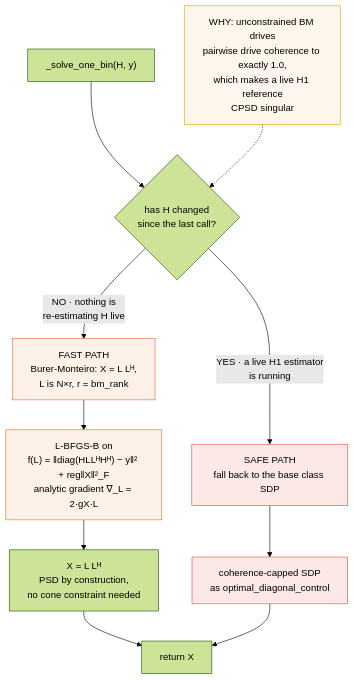
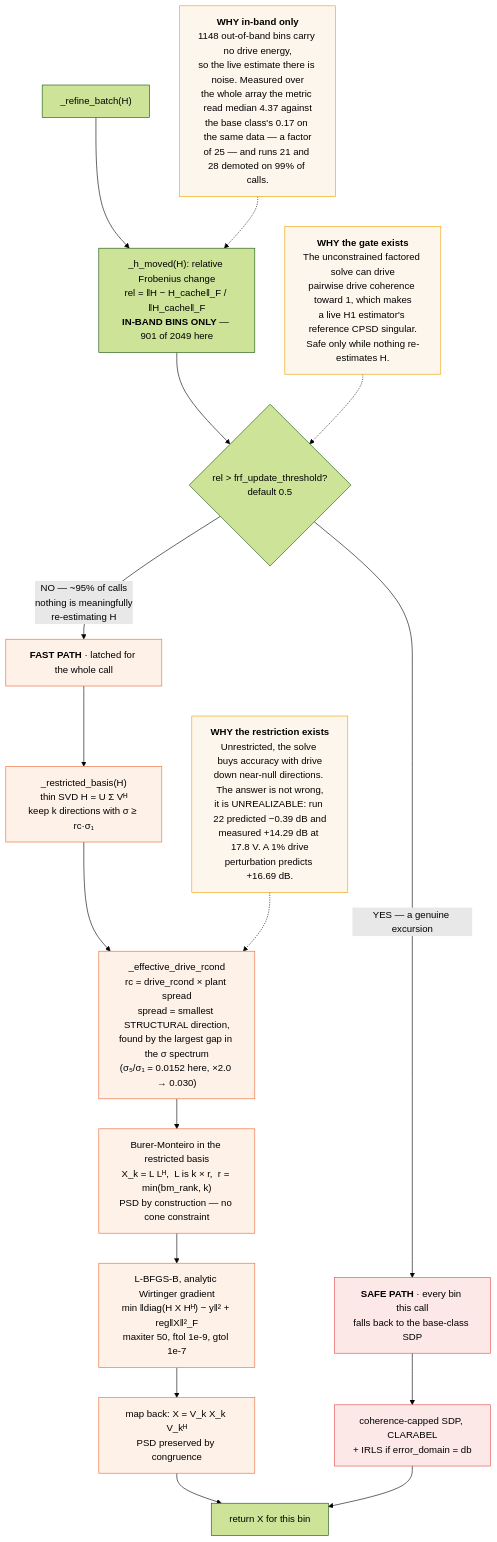
The diagram in Claude outputs/flowcharts/03_optimal_diagonal_fast.mmd (githunter333/rattlesnake-vibration-controller), drawn with Mermaid (forest theme) before and after one commit. The commit also changed 17 other files, not shown here.

```diff
--- a/Claude outputs/flowcharts/03_optimal_diagonal_fast.mmd
+++ b/Claude outputs/flowcharts/03_optimal_diagonal_fast.mmd
@@ -1,15 +1,27 @@
 flowchart TD
-    A["_solve_one_bin(H, y)"] --> B{"has H changed<br/>since the last call?"}
-    B -->|"NO · nothing is<br/>re-estimating H live"| C["FAST PATH<br/>Burer-Monteiro: X = L Lᴴ,<br/>L is N×r, r = bm_rank"]
-    C --> D["L-BFGS-B on<br/>f(L) = ‖diag(HLLᴴHᴴ) − y‖² + reg‖X‖²_F<br/>analytic gradient ∇_L = 2·gX·L"]
-    D --> E["X = L Lᴴ<br/>PSD by construction,<br/>no cone constraint needed"]
-    B -->|"YES · a live H1 estimator<br/>is running"| F["SAFE PATH<br/>fall back to the base class SDP"]
-    F --> G["coherence-capped SDP<br/>as optimal_diagonal_control"]
-    E --> H["return X"]
-    G --> H
-    I["WHY: unconstrained BM drives<br/>pairwise drive coherence to exactly 1.0,<br/>which makes a live H1 reference<br/>CPSD singular"] -.-> B
-    style C fill:#fdf1e8,stroke:#eb6834
+    A["_refine_batch(H)"] --> B["_h_moved(H): relative Frobenius change<br/>rel = ‖H − H_cache‖_F / ‖H_cache‖_F<br/><b>IN-BAND BINS ONLY</b> — 901 of 2049 here"]
+    B --> C{"rel &gt; frf_update_threshold?<br/>default 0.5"}
+    C -->|"NO — ~95% of calls<br/>nothing is meaningfully<br/>re-estimating H"| D["<b>FAST PATH</b> · latched for the whole call"]
+    C -->|"YES — a genuine excursion"| R["<b>SAFE PATH</b> · every bin this call<br/>falls back to the base-class SDP"]
+    D --> E["_restricted_basis(H)<br/>thin SVD H = U Σ Vᴴ<br/>keep k directions with σ ≥ rc·σ₁"]
+    E --> F["_effective_drive_rcond<br/>rc = drive_rcond × plant spread<br/>spread = smallest STRUCTURAL direction,<br/>found by the largest gap in the σ spectrum<br/>(σ₅/σ₁ = 0.0152 here, ×2.0 → 0.030)"]
+    F --> G["Burer-Monteiro in the restricted basis<br/>X_k = L Lᴴ,  L is k × r,  r = min(bm_rank, k)<br/>PSD by construction — no cone constraint"]
+    G --> H["L-BFGS-B, analytic Wirtinger gradient<br/>min ‖diag(H X Hᴴ) − y‖² + reg‖X‖²_F<br/>maxiter 50, ftol 1e-9, gtol 1e-7"]
+    H --> I["map back: X = V_k X_k V_kᴴ<br/>PSD preserved by congruence"]
+    R --> S["coherence-capped SDP, CLARABEL<br/>+ IRLS if error_domain = db"]
+    I --> Z["return X for this bin"]
+    S --> Z
+    W1["<b>WHY the gate exists</b><br/>The unconstrained factored solve can drive<br/>pairwise drive coherence toward 1, which makes<br/>a live H1 estimator's reference CPSD singular.<br/>Safe only while nothing re-estimates H."] -.-> C
+    W2["<b>WHY the restriction exists</b><br/>Unrestricted, the solve buys accuracy with drive<br/>down near-null directions. The answer is not wrong,<br/>it is UNREALIZABLE: run 22 predicted −0.39 dB and<br/>measured +14.29 dB at 17.8 V. A 1% drive<br/>perturbation predicts +16.69 dB."] -.-> F
+    W3["<b>WHY in-band only</b><br/>1148 out-of-band bins carry no drive energy,<br/>so the live estimate there is noise. Measured over<br/>the whole array the metric read median 4.37 against<br/>the base class's 0.17 on the same data — a factor<br/>of 25 — and runs 21 and 28 demoted on 99% of calls."] -.-> B
     style D fill:#fdf1e8,stroke:#eb6834
-    style F fill:#fde8e8,stroke:#e34948
-    style G fill:#fde8e8,stroke:#e34948
-    style I fill:#fdf6ec,stroke:#eda100
+    style E fill:#fdf1e8,stroke:#eb6834
+    style F fill:#fdf1e8,stroke:#eb6834
+    style G fill:#fdf1e8,stroke:#eb6834
+    style H fill:#fdf1e8,stroke:#eb6834
+    style I fill:#fdf1e8,stroke:#eb6834
+    style R fill:#fde8e8,stroke:#e34948
+    style S fill:#fde8e8,stroke:#e34948
+    style W1 fill:#fdf6ec,stroke:#eda100
+    style W2 fill:#fdf6ec,stroke:#eda100
+    style W3 fill:#fdf6ec,stroke:#eda100
```
